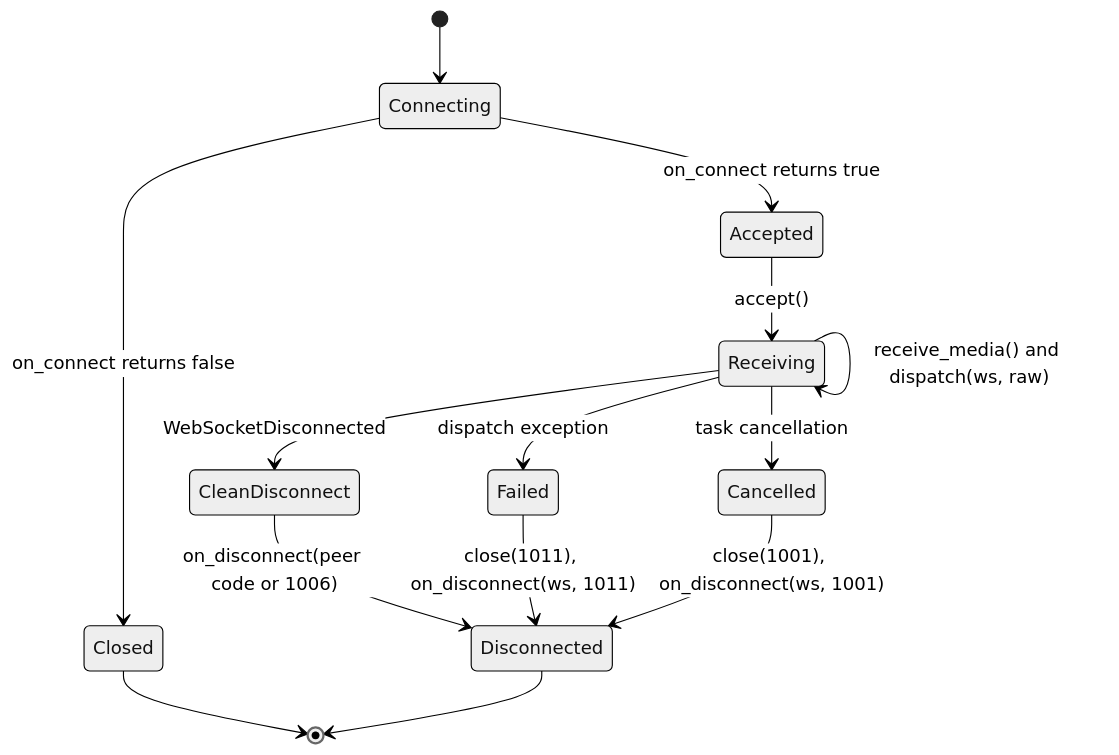
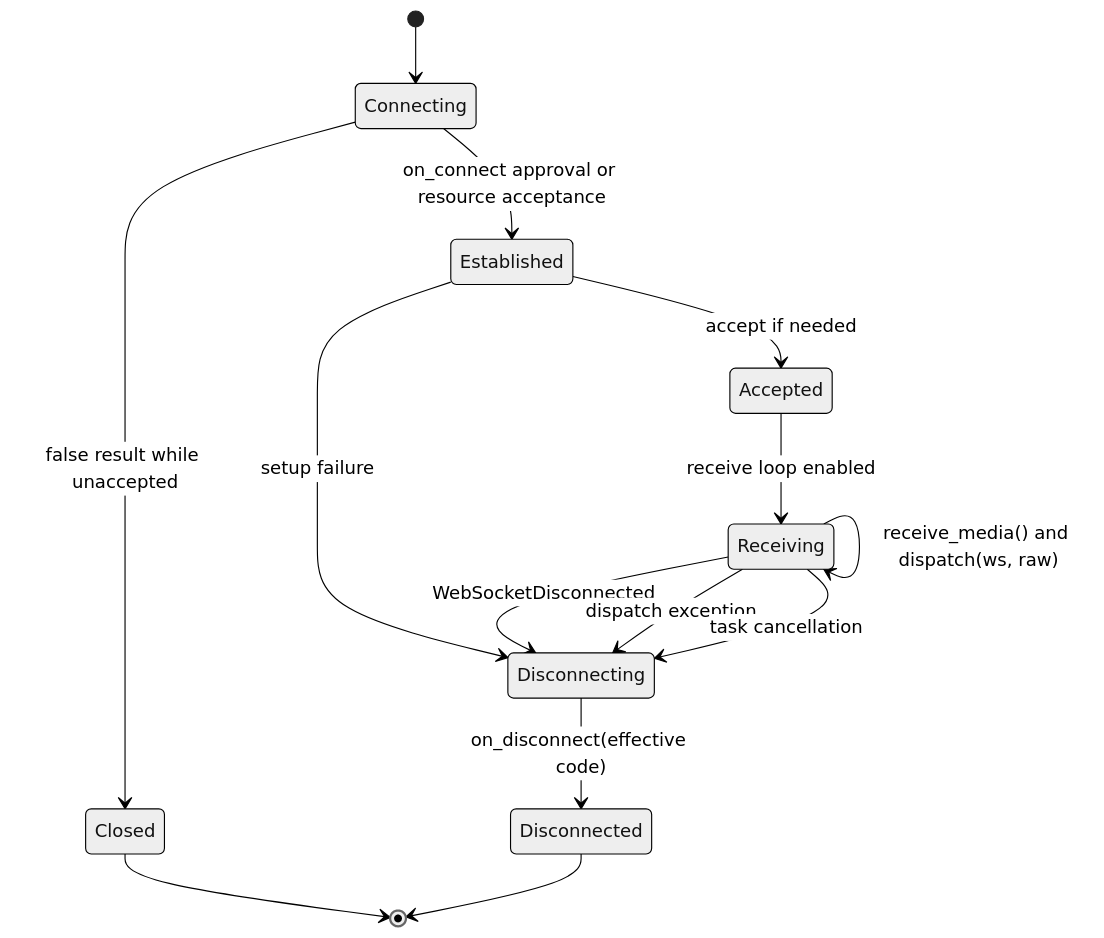
Before and after one commit to leynos/falcon-pachinko: the first of 20 diagrams in docs/falcon-websocket-extension-design.md, drawn with Mermaid (neutral theme). The commit also changed other lines of this file and 23 other files, not shown here.

First line of the commit message:
Implement WebSocket disconnect lifecycle

````diff
--- a/docs/falcon-websocket-extension-design.md
+++ b/docs/falcon-websocket-extension-design.md
@@ -69,24 +79,24 @@
 ```mermaid
 stateDiagram-v2
     accTitle: WebSocket session state transitions
     accDescr {
-        The opted-in session starts while the router runs on_connect. A false
-        result closes the session; a true result leads to acceptance and a
-        persistent receive and dispatch loop. Disconnect, failure or
-        cancellation leads to cleanup and then the disconnected state.
+        Approval or resource-owned acceptance establishes cleanup. A false
+        result on an unaccepted socket is a rejection. An opted-in accepted
+        socket receives frames until disconnect, failure or cancellation, then
+        runs cleanup once.
     }
 
     [*] --> Connecting
-    Connecting --> Accepted: on_connect returns true
-    Connecting --> Closed: on_connect returns false
-    Accepted --> Receiving: accept()
+    Connecting --> Established: on_connect approval or resource acceptance
+    Connecting --> Closed: false result while unaccepted
+    Established --> Accepted: accept if needed
+    Established --> Disconnecting: setup failure
+    Accepted --> Receiving: receive loop enabled
     Receiving --> Receiving: receive_media() and dispatch(ws, raw)
-    Receiving --> CleanDisconnect: WebSocketDisconnected
-    Receiving --> Failed: dispatch exception
-    Receiving --> Cancelled: task cancellation
-    CleanDisconnect --> Disconnected: on_disconnect(peer code or 1006)
-    Failed --> Disconnected: close(1011), on_disconnect(ws, 1011)
-    Cancelled --> Disconnected: close(1001), on_disconnect(ws, 1001)
+    Receiving --> Disconnecting: WebSocketDisconnected
+    Receiving --> Disconnecting: dispatch exception
+    Receiving --> Disconnecting: task cancellation
+    Disconnecting --> Disconnected: on_disconnect(effective code)
     Closed --> [*]
     Disconnected --> [*]
 ```
````
